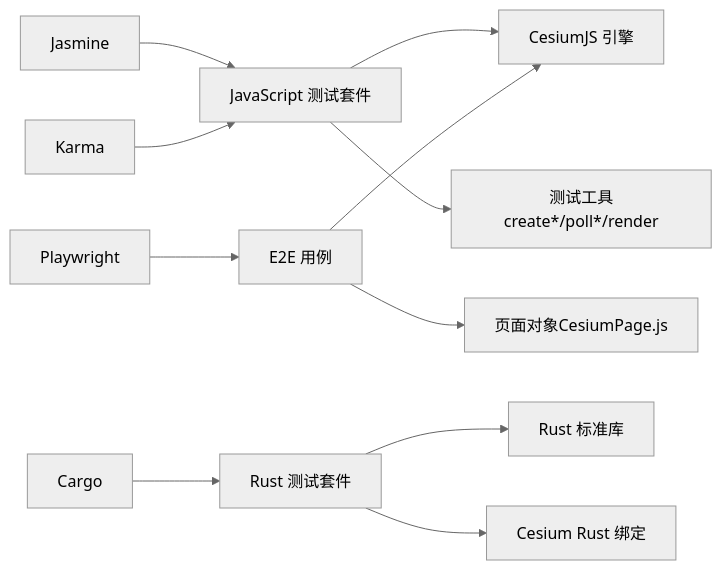
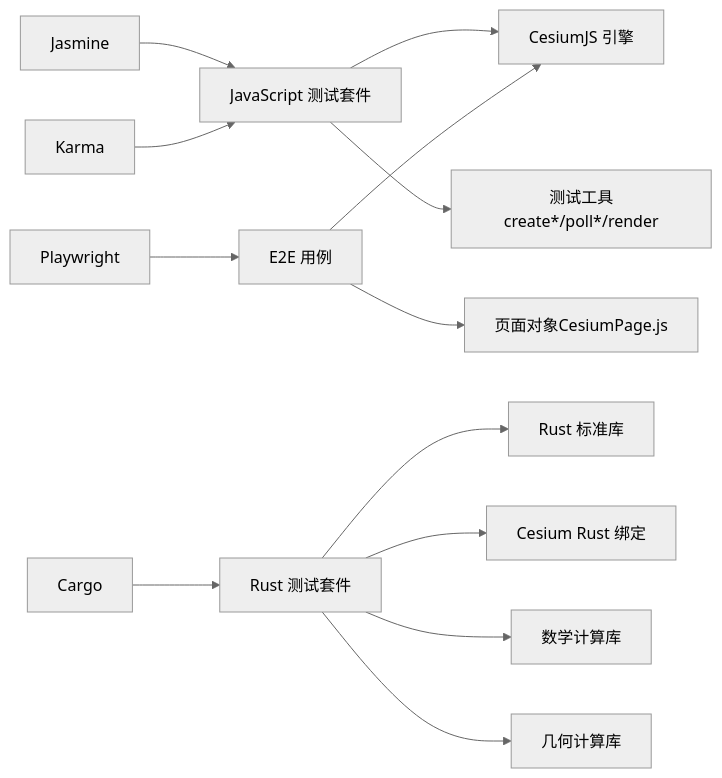
The sixth of 6 diagrams in .qoder/repowiki/zh/content/测试与调试/Specs测试框架.md (rzhangjing/cesium), drawn with Mermaid (neutral theme) before and after one commit. The commit also changed other lines of this file and 29 other files, not shown here.

````diff
--- a/.qoder/repowiki/zh/content/测试与调试/Specs测试框架.md
+++ b/.qoder/repowiki/zh/content/测试与调试/Specs测试框架.md
@@ -396,13 +457,15 @@
 ```mermaid
 graph LR
 Jasmine["Jasmine"] --> Specs["JavaScript 测试套件"]
 Karma["Karma"] --> Specs
 Playwright["Playwright"] --> E2E["E2E 用例"]
 Specs --> Cesium["CesiumJS 引擎"]
 E2E --> Cesium
 Specs --> Tools["测试工具create*/poll*/render"]
 E2E --> PageObj["页面对象CesiumPage.js"]
 Cargo["Cargo"] --> RustSpecs["Rust 测试套件"]
 RustSpecs --> RustLibs["Rust 标准库"]
 RustSpecs --> CesiumRust["Cesium Rust 绑定"]
+RustSpecs --> MathLibs["数学计算库"]
+RustSpecs --> GeometryLibs["几何计算库"]
 ```
````
